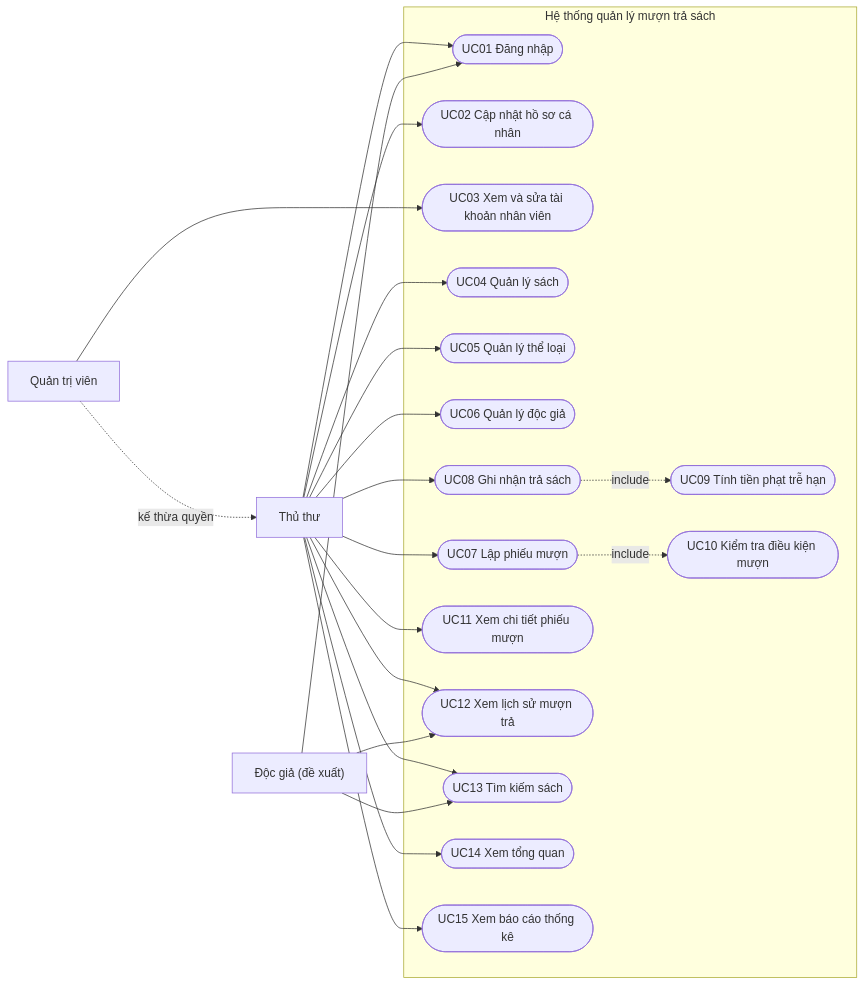
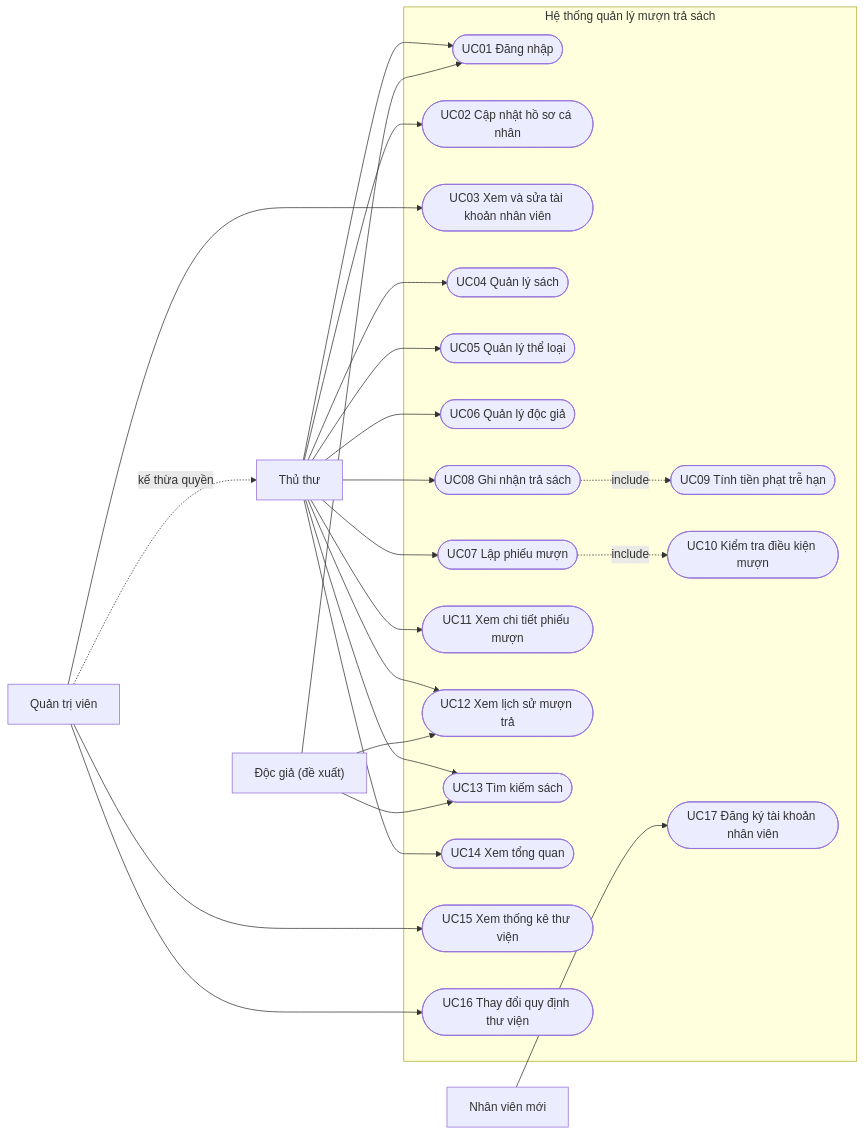
One commit to KiuKuma/quan-ly-muon-tra-sach-thu-vien changed the diagram in docs/DAC-TA-USE-CASE.md. Above: the diagram before and after it, drawn with Mermaid. The commit also changed other lines of this file and 65 other files, not shown here.

````diff
--- a/docs/DAC-TA-USE-CASE.md
+++ b/docs/DAC-TA-USE-CASE.md
@@ -17,44 +17,49 @@
 ```mermaid
 flowchart LR
     TT["Thủ thư"]
     QT["Quản trị viên"]
+    NVm["Nhân viên mới"]
     DG["Độc giả (đề xuất)"]
     QT -. "kế thừa quyền" .-> TT
 
     subgraph HT["Hệ thống quản lý mượn trả sách"]
         UC01(["UC01 Đăng nhập"])
         UC02(["UC02 Cập nhật hồ sơ cá nhân"])
         UC03(["UC03 Xem và sửa tài khoản nhân viên"])
         UC04(["UC04 Quản lý sách"])
         UC05(["UC05 Quản lý thể loại"])
         UC06(["UC06 Quản lý độc giả"])
         UC07(["UC07 Lập phiếu mượn"])
         UC08(["UC08 Ghi nhận trả sách"])
         UC09(["UC09 Tính tiền phạt trễ hạn"])
         UC10(["UC10 Kiểm tra điều kiện mượn"])
         UC11(["UC11 Xem chi tiết phiếu mượn"])
         UC12(["UC12 Xem lịch sử mượn trả"])
         UC13(["UC13 Tìm kiếm sách"])
         UC14(["UC14 Xem tổng quan"])
-        UC15(["UC15 Xem báo cáo thống kê"])
+        UC15(["UC15 Xem thống kê thư viện"])
+        UC16(["UC16 Thay đổi quy định thư viện"])
+        UC17(["UC17 Đăng ký tài khoản nhân viên"])
     end
 
     TT --> UC01
     TT --> UC02
     TT --> UC07
     TT --> UC08
     TT --> UC11
     TT --> UC12
     TT --> UC13
     TT --> UC14
-    TT --> UC15
     TT --> UC04
     TT --> UC05
     TT --> UC06
     QT --> UC03
+    QT --> UC15
+    QT --> UC16
+    NVm --> UC17
     DG --> UC01
     DG --> UC12
     DG --> UC13
     UC07 -. "include" .-> UC10
     UC08 -. "include" .-> UC09
 ```
````
